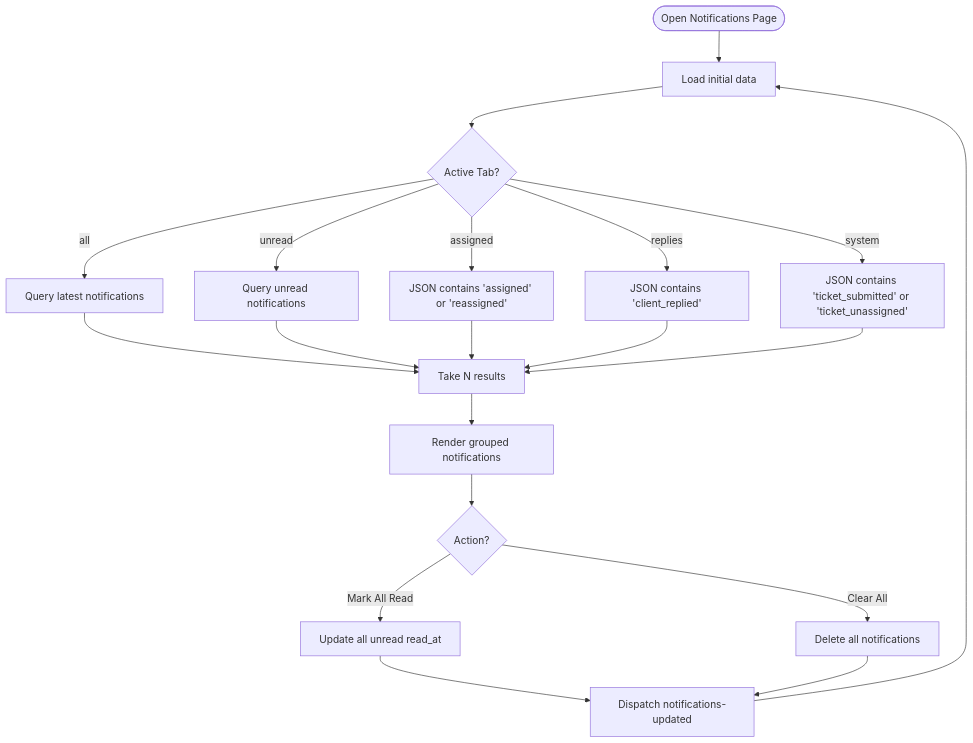
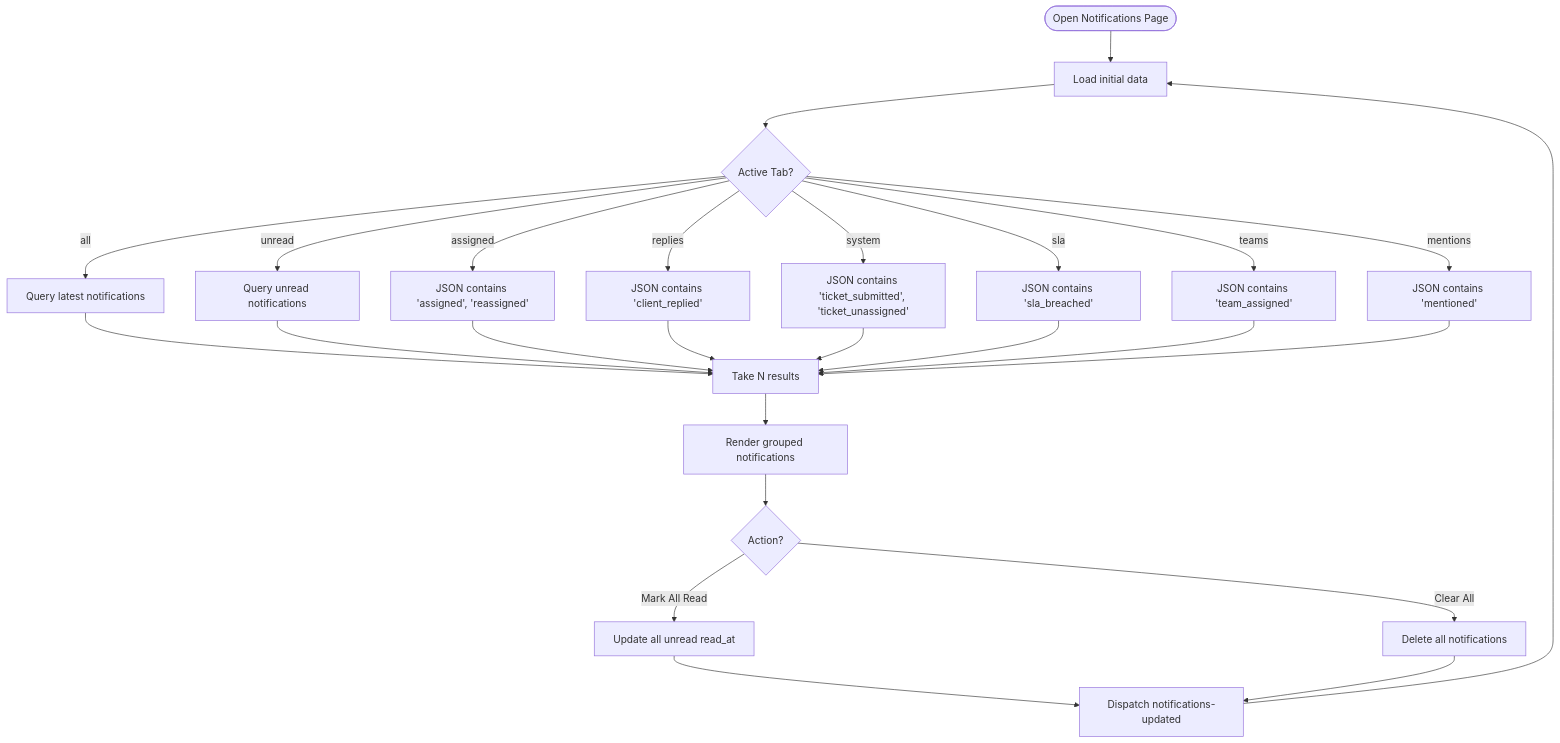
Before and after one commit to younesgamer68/helpdesk-system: the fourth of 9 diagrams in .qoder/repowiki/en/content/Real-time Communication/Notification System.md, drawn with Mermaid. The commit also changed other lines of this file and 12 other files, not shown here.

````diff
--- a/.qoder/repowiki/en/content/Real-time Communication/Notification System.md
+++ b/.qoder/repowiki/en/content/Real-time Communication/Notification System.md
@@ -226,22 +297,28 @@
 ```mermaid
 flowchart TD
 Start(["Open Notifications Page"]) --> Load["Load initial data"]
 Load --> Tab{"Active Tab?"}
 Tab --> |all| QueryAll["Query latest notifications"]
 Tab --> |unread| QueryUnread["Query unread notifications"]
-Tab --> |assigned| QueryAssigned["JSON contains 'assigned' or 'reassigned'"]
+Tab --> |assigned| QueryAssigned["JSON contains 'assigned', 'reassigned'"]
 Tab --> |replies| QueryReplies["JSON contains 'client_replied'"]
-Tab --> |system| QuerySystem["JSON contains 'ticket_submitted' or 'ticket_unassigned'"]
+Tab --> |system| QuerySystem["JSON contains 'ticket_submitted', 'ticket_unassigned'"]
+Tab --> |sla| QuerySLA["JSON contains 'sla_breached'"]
+Tab --> |teams| QueryTeams["JSON contains 'team_assigned'"]
+Tab --> |mentions| QueryMentions["JSON contains 'mentioned'"]
 QueryAll --> Paginate["Take N results"]
 QueryUnread --> Paginate
 QueryAssigned --> Paginate
 QueryReplies --> Paginate
 QuerySystem --> Paginate
+QuerySLA --> Paginate
+QueryTeams --> Paginate
+QueryMentions --> Paginate
 Paginate --> Render["Render grouped notifications"]
 Render --> Action{"Action?"}
 Action --> |Mark All Read| UpdateAll["Update all unread read_at"]
 Action --> |Clear All| DeleteAll["Delete all notifications"]
 UpdateAll --> Refresh["Dispatch notifications-updated"]
 DeleteAll --> Refresh
 Refresh --> Load
 ```
````
